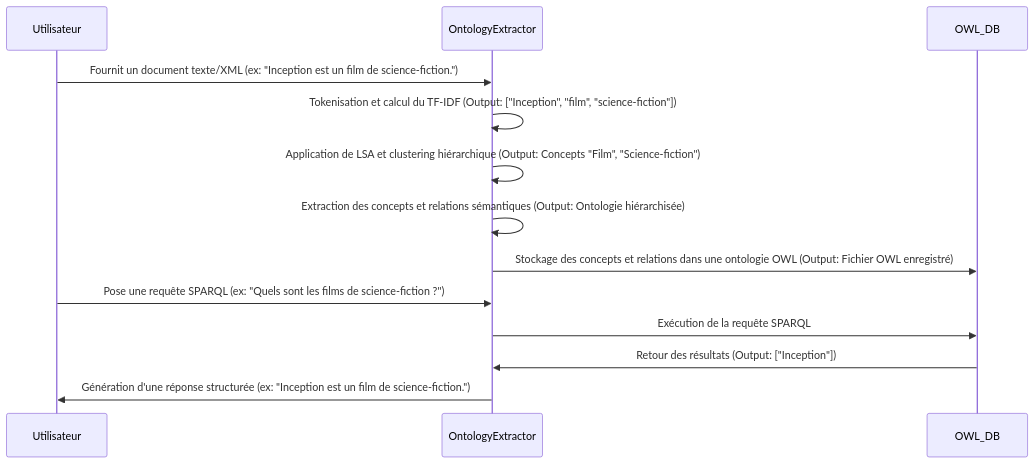
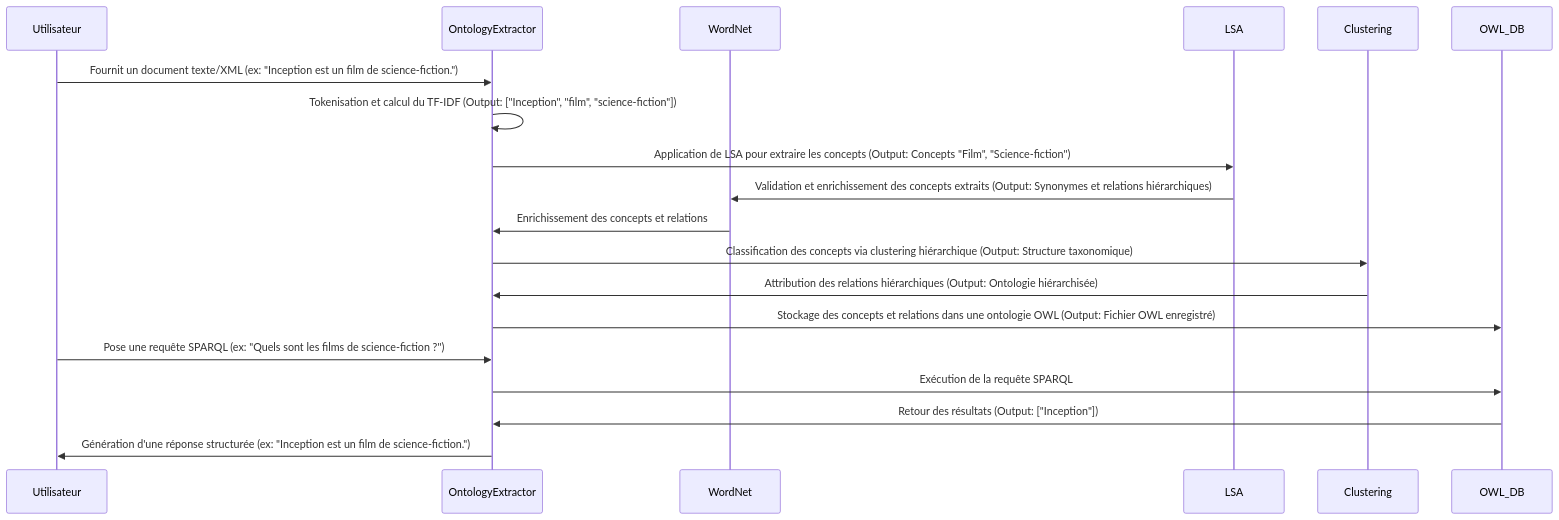
One commit to JEMALIACHRAF/ElasticSearch changed the fourth of 6 diagrams in README.md. Above: the diagram before and after it, drawn with Mermaid. The commit also changed other lines of this file, not shown here.

````diff
--- a/README.md
+++ b/README.md
@@ -159,16 +159,22 @@
 ```mermaid
 sequenceDiagram
     participant Utilisateur
     participant OntologyExtractor
+    participant WordNet
+    participant LSA
+    participant Clustering
     participant OWL_DB
 
     Utilisateur->>OntologyExtractor: Fournit un document texte/XML (ex: "Inception est un film de science-fiction.")
     OntologyExtractor->>OntologyExtractor: Tokenisation et calcul du TF-IDF (Output: ["Inception", "film", "science-fiction"])
-    OntologyExtractor->>OntologyExtractor: Application de LSA et clustering hiérarchique (Output: Concepts "Film", "Science-fiction")
-    OntologyExtractor->>OntologyExtractor: Extraction des concepts et relations sémantiques (Output: Ontologie hiérarchisée)
+    OntologyExtractor->>LSA: Application de LSA pour extraire les concepts (Output: Concepts "Film", "Science-fiction")
+    LSA->>WordNet: Validation et enrichissement des concepts extraits (Output: Synonymes et relations hiérarchiques)
+    WordNet->>OntologyExtractor: Enrichissement des concepts et relations
+    OntologyExtractor->>Clustering: Classification des concepts via clustering hiérarchique (Output: Structure taxonomique)
+    Clustering->>OntologyExtractor: Attribution des relations hiérarchiques (Output: Ontologie hiérarchisée)
     OntologyExtractor->>OWL_DB: Stockage des concepts et relations dans une ontologie OWL (Output: Fichier OWL enregistré)
     Utilisateur->>OntologyExtractor: Pose une requête SPARQL (ex: "Quels sont les films de science-fiction ?")
     OntologyExtractor->>OWL_DB: Exécution de la requête SPARQL
     OWL_DB->>OntologyExtractor: Retour des résultats (Output: ["Inception"])
     OntologyExtractor->>Utilisateur: Génération d'une réponse structurée (ex: "Inception est un film de science-fiction.")
 ```
````
